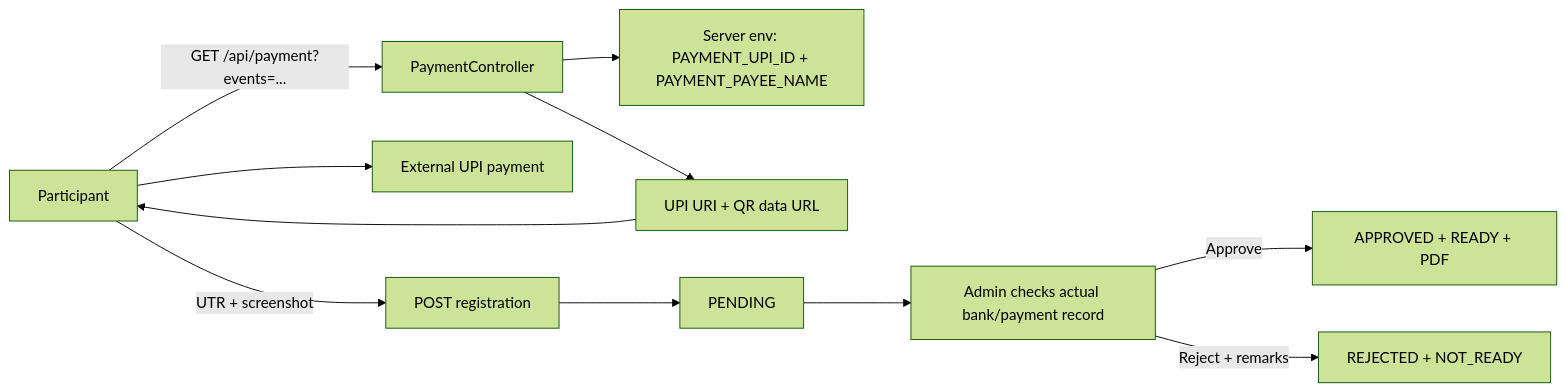
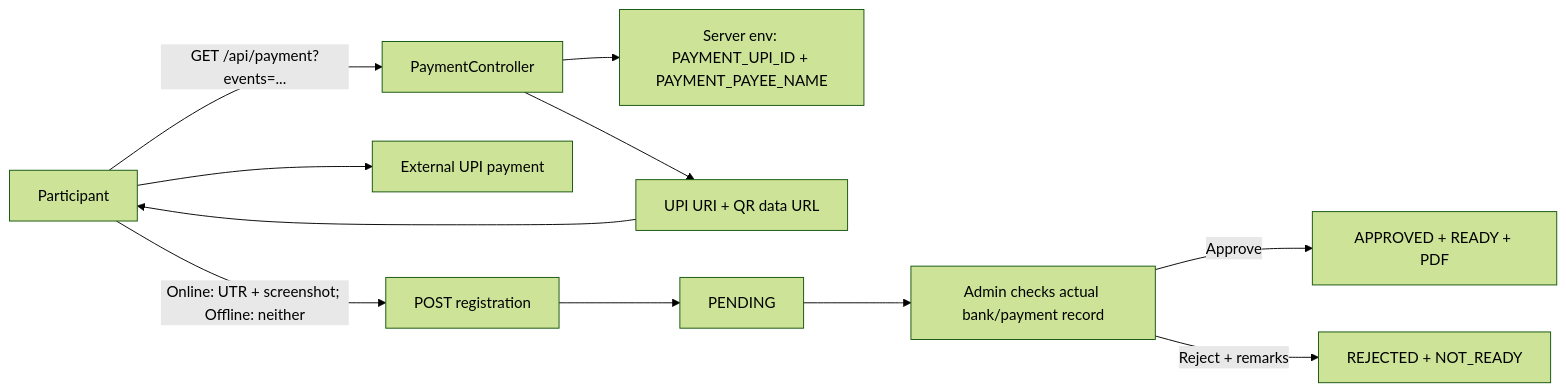
Before and after one commit to YZO-BIT/Phase-3: the third of 9 diagrams in docs/PRODUCTION_ARCHITECTURE.md, drawn with Mermaid (forest theme). The commit also changed other lines of this file and 40 other files, not shown here.

````diff
--- a/docs/PRODUCTION_ARCHITECTURE.md
+++ b/docs/PRODUCTION_ARCHITECTURE.md
@@ -198,13 +198,13 @@
 ```mermaid
 flowchart LR
     B[Participant] -->|GET /api/payment?events=...| PI[PaymentController]
     PI --> D[Server env: PAYMENT_UPI_ID + PAYMENT_PAYEE_NAME]
     PI --> QR[UPI URI + QR data URL]
     QR --> B
     B --> PAY[External UPI payment]
-    B -->|UTR + screenshot| REG[POST registration]
+    B -->|Online: UTR + screenshot; Offline: neither| REG[POST registration]
     REG --> PENDING[PENDING]
     PENDING --> ADMIN[Admin checks actual bank/payment record]
     ADMIN -->|Approve| APPROVED[APPROVED + READY + PDF]
     ADMIN -->|Reject + remarks| REJECTED[REJECTED + NOT_READY]
 ```
````
